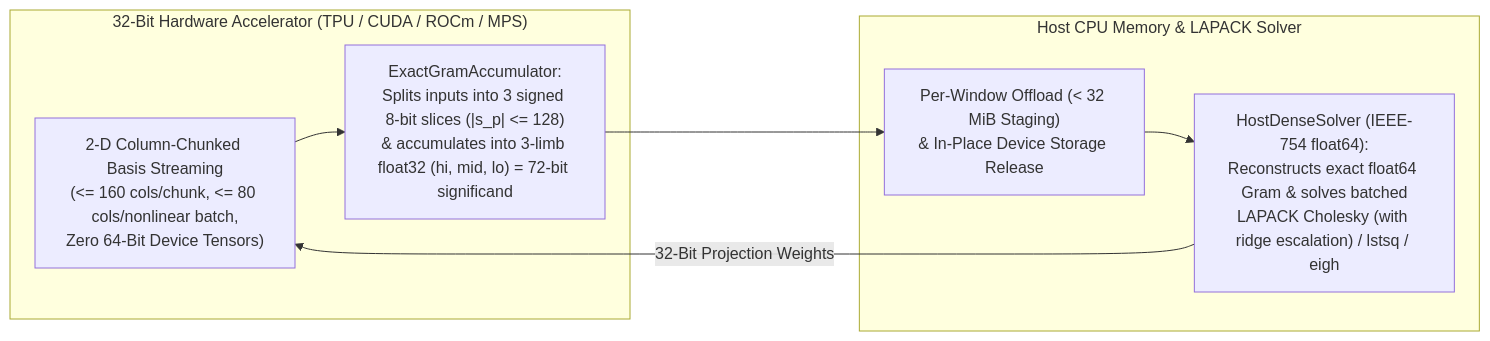
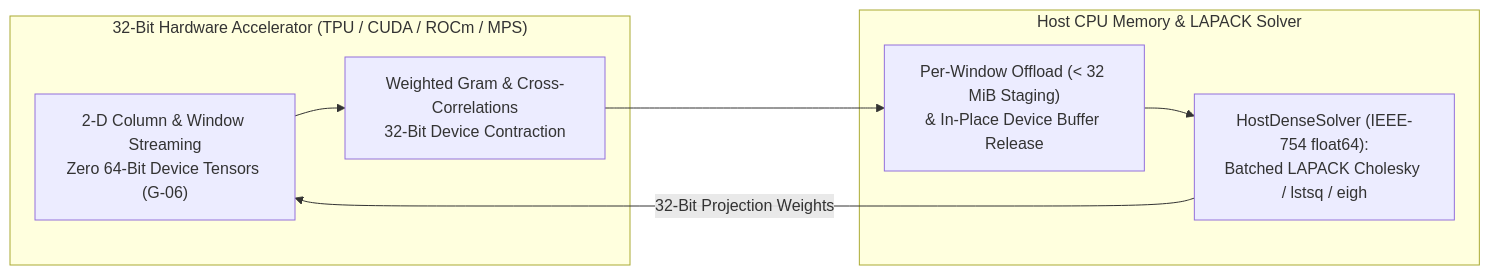
One commit to dnam-project/dnam changed the second of 2 diagrams in docs/training/four_stage_pipeline.md. Above: the diagram before and after it, drawn with Mermaid. The commit also changed other lines of this file and 105 other files, not shown here.

````diff
--- a/docs/training/four_stage_pipeline.md
+++ b/docs/training/four_stage_pipeline.md
@@ -135,13 +76,13 @@
 ```mermaid
 flowchart LR
     subgraph Device ["32-Bit Hardware Accelerator (TPU / CUDA / ROCm / MPS)"]
-        D1["2-D Column-Chunked Basis Streaming<br/>(<= 160 cols/chunk, <= 80 cols/nonlinear batch,<br/>Zero 64-Bit Device Tensors)"] --> D2["ExactGramAccumulator:<br/>Splits inputs into 3 signed 8-bit slices (|s_p| <= 128)<br/>& accumulates into 3-limb float32 (hi, mid, lo) = 72-bit significand"]
+        D1["2-D Column & Window Streaming<br/>Zero 64-Bit Device Tensors (G-06)"] --> D2["Weighted Gram & Cross-Correlations<br/>32-Bit Device Contraction"]
     end
 
     subgraph Host ["Host CPU Memory & LAPACK Solver"]
-        H1["Per-Window Offload (< 32 MiB Staging)<br/>& In-Place Device Storage Release"] --> H2["HostDenseSolver (IEEE-754 float64):<br/>Reconstructs exact float64 Gram & solves batched<br/>LAPACK Cholesky (with ridge escalation) / lstsq / eigh"]
+        H1["Per-Window Offload (< 32 MiB Staging)<br/>& In-Place Device Buffer Release"] --> H2["HostDenseSolver (IEEE-754 float64):<br/>Batched LAPACK Cholesky / lstsq / eigh"]
     end
 
     D2 --> H1
     H2 -->|"32-Bit Projection Weights"| D1
 ```
````
